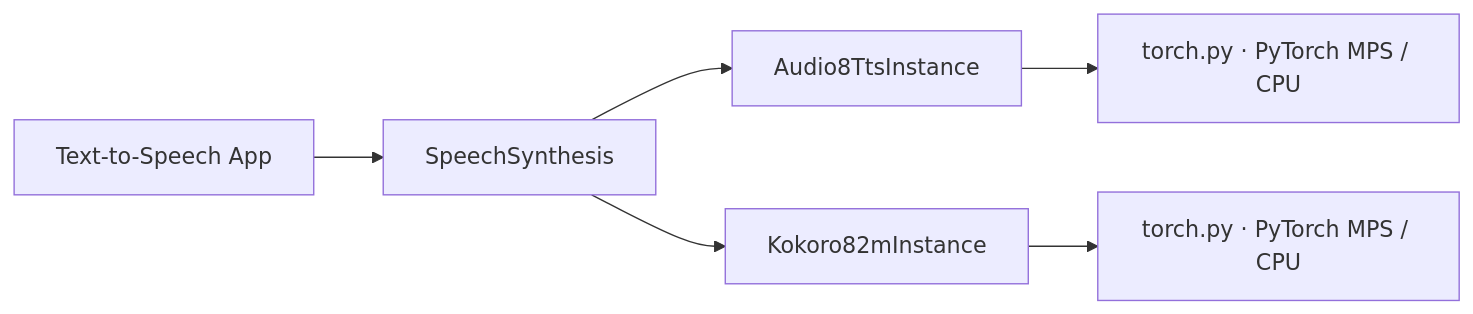
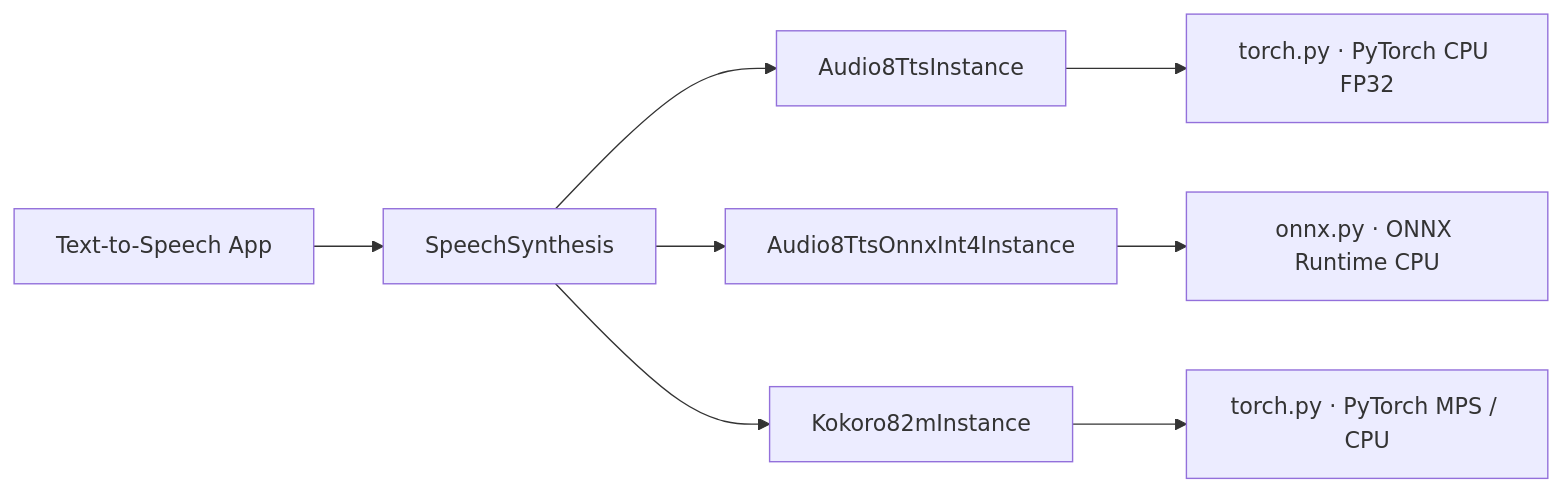
One commit to devilyouwei/hugging-mac changed the diagram in doc/22-text-to-speech-sdk.md. Above: the diagram before and after it, drawn with Mermaid. The commit also changed other lines of this file and 37 other files, not shown here.

Commit message:
feat(tts): add Audio8 ONNX runtime and stabilize CPU inference

````diff
--- a/doc/22-text-to-speech-sdk.md
+++ b/doc/22-text-to-speech-sdk.md
@@ -14,8 +14,10 @@
 ```mermaid
 flowchart LR
     App["Text-to-Speech App"] --> Capability["SpeechSynthesis"]
     Capability --> A8["Audio8TtsInstance"]
+    Capability --> A8Onnx["Audio8TtsOnnxInt4Instance"]
     Capability --> K["Kokoro82mInstance"]
-    A8 --> A8Torch["torch.py · PyTorch MPS / CPU"]
+    A8 --> A8Torch["torch.py · PyTorch CPU FP32"]
+    A8Onnx --> A8Ort["onnx.py · ONNX Runtime CPU"]
     K --> KTorch["torch.py · PyTorch MPS / CPU"]
 ```
````
